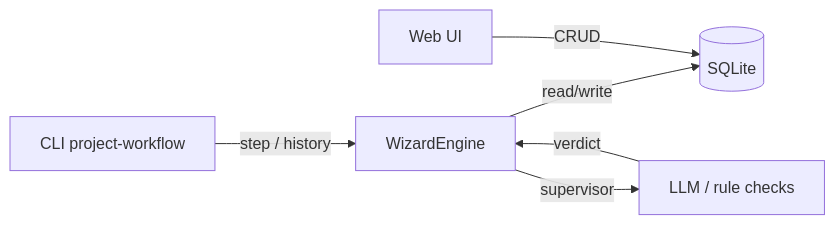
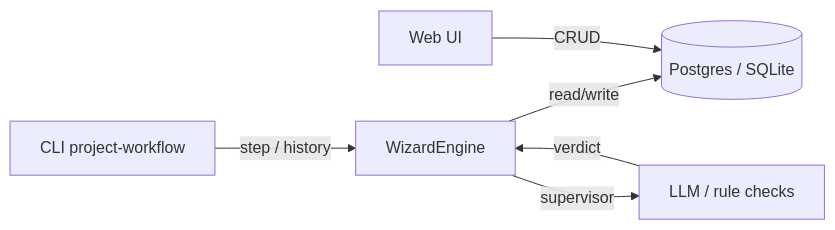
One commit to FerrPOINT/project-workflow changed the diagram in README.md. Above: the diagram before and after it, drawn with Mermaid. The commit also changed other lines of this file and 10 other files, not shown here.

Commit message:
docs: update README and roadmap; add CLI __main__; mark completed phases

````diff
--- a/README.md
+++ b/README.md
@@ -75,8 +97,8 @@
 ```mermaid
 flowchart LR
     A[CLI project-workflow] -- step / history --> B[WizardEngine]
-    B -- read/write --> C[(SQLite)]
+    B -- read/write --> C[(Postgres / SQLite)]
     D[Web UI] -- CRUD --> C
     B -- supervisor --> E[LLM / rule checks]
     E -- verdict --> B
 ```
````
